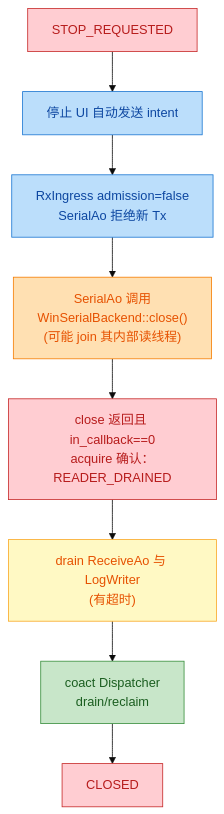
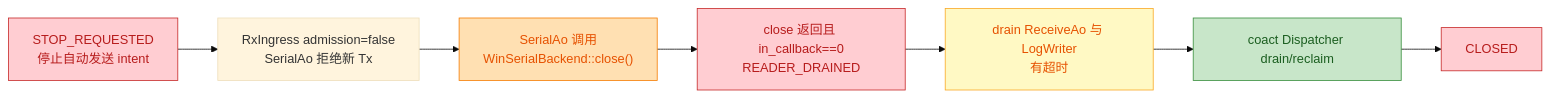
The third of 3 diagrams in docs/performance.md (DeguiLiu/xcom_lua), drawn with Mermaid before and after one commit. The commit also changed other lines of this file and 24 other files, not shown here.

````diff
--- a/docs/performance.md
+++ b/docs/performance.md
@@ -193,29 +156,17 @@
 ```mermaid
 %%{init: {'theme': 'base'}}%%
-flowchart TD
-    S["STOP_REQUESTED"]
-    U["停止 UI 自动发送 intent"]
-    A["RxIngress admission=false<br/>SerialAo 拒绝新 Tx"]
-    W["SerialAo 调用<br/>WinSerialBackend::close()<br/>(可能 join 其内部读线程)"]
-    R["close 返回且 in_callback==0<br/>acquire 确认：READER_DRAINED"]
-    D["drain ReceiveAo 与 LogWriter<br/>(有超时)"]
-    C["coact Dispatcher<br/>drain/reclaim"]
-    L["CLOSED"]
-
-    S --> U
-    U --> A
-    A --> W
-    W --> R
-    R --> D
-    D --> C
-    C --> L
+flowchart LR
+    S["STOP_REQUESTED<br/>停止自动发送 intent"] --> A["RxIngress admission=false<br/>SerialAo 拒绝新 Tx"]
+    A --> W["SerialAo 调用<br/>WinSerialBackend::close()"]
+    W --> R["close 返回且 in_callback==0<br/>READER_DRAINED"]
+    R --> D["drain ReceiveAo 与 LogWriter<br/>有超时"]
+    D --> C["coact Dispatcher drain/reclaim"]
+    C --> L["CLOSED"]
 
     style S fill:#ffcdd2,stroke:#c62828,color:#b71c1c
-    style U fill:#bbdefb,stroke:#1976d2,color:#0d47a1
-    style A fill:#bbdefb,stroke:#1976d2,color:#0d47a1
     style W fill:#ffe0b2,stroke:#f57c00,color:#e65100
     style R fill:#ffcdd2,stroke:#c62828,color:#b71c1c
     style D fill:#fff9c4,stroke:#f9a825,color:#e65100
     style C fill:#c8e6c9,stroke:#388e3c,color:#1b5e20
     style L fill:#ffcdd2,stroke:#c62828,color:#b71c1c
 ```
````
